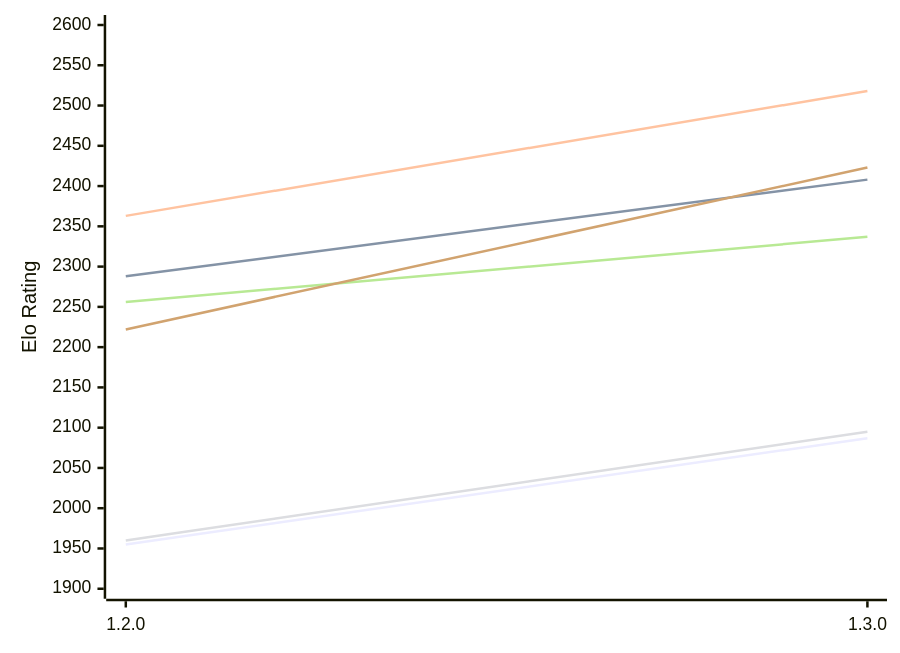
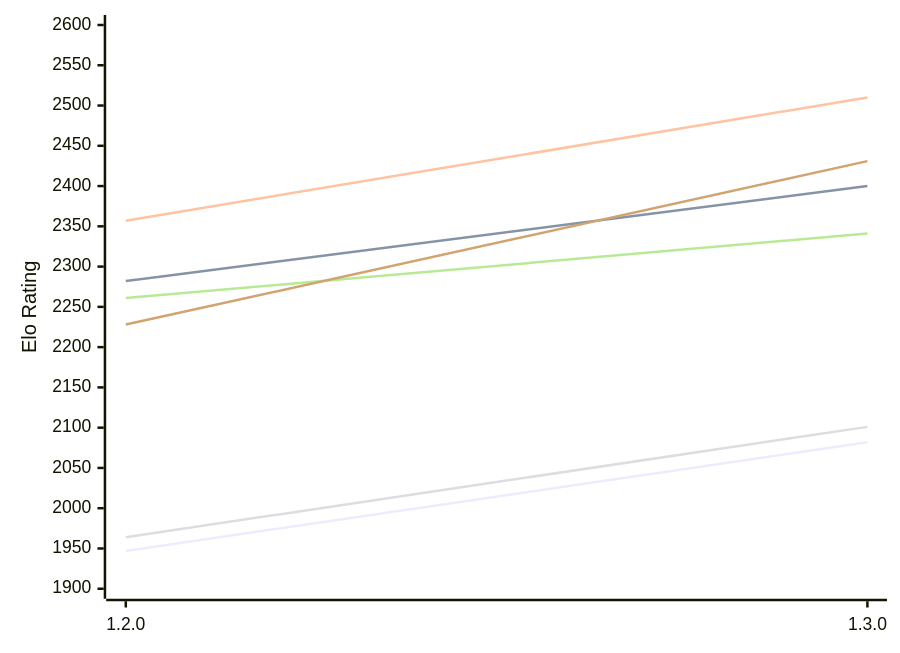
The first of 2 diagrams in engines/Anodos.md (computer-chess-index/cci), drawn with Mermaid before and after one commit. The commit also changed other lines of this file, not shown here.

Commit message:
Update CCI Ratings (ELO VLTC) - 2026-11-18

````diff
--- a/engines/Anodos.md
+++ b/engines/Anodos.md
@@ -52,12 +52,12 @@
 ```mermaid
 %%{init: {"theme":"base","themeVariables":{"seriesColors:['#a3a3a3','#222221','#faa371']}}}%%
 xychart-beta
   x-axis ["1.2.0", "1.3.0"]
   y-axis "Elo Rating" 1900 --> 2600
-  line "E1: STC (8.0+0.08s)" [1955, 2087]
-  line "E1: LTC (60.0+0.60s)" [2288, 2408]
-  line "E1: VLTC (2m24s+1.12s)" [2363, 2518]
-  line "P1: STC (8.0+0.08s)" [1960, 2095]
-  line "P1: LTC (60.0+0.60s)" [2256, 2337]
-  line "P1: VLTC (2m24s+1.12s)" [2222, 2423]
+  line "E1: STC (8.0+0.08s)" [1947, 2082]
+  line "E1: LTC (60.0+0.60s)" [2282, 2400]
+  line "E1: VLTC (2m24s+1.12s)" [2357, 2510]
+  line "P1: STC (8.0+0.08s)" [1964, 2101]
+  line "P1: LTC (60.0+0.60s)" [2261, 2341]
+  line "P1: VLTC (2m24s+1.12s)" [2228, 2431]
 ```
````
